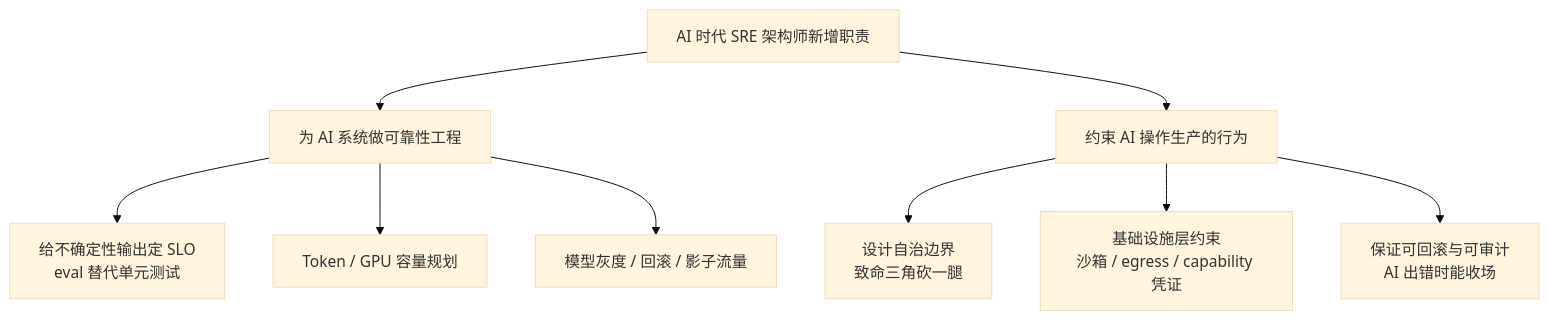
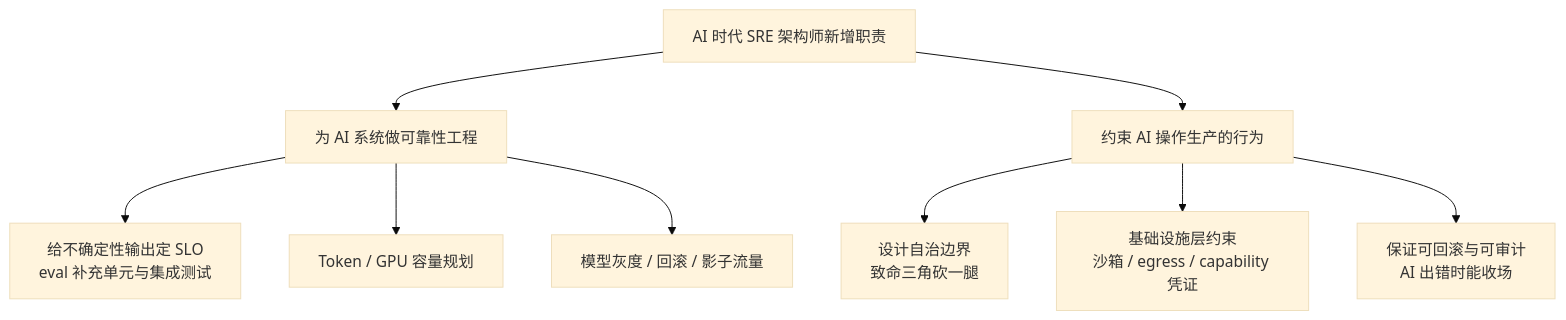
One commit to oh-my-vibe-coding/ai-reliability-architecture changed the diagram in 理念/02-SRE架构师的角色迁移.md. Above: the diagram before and after it, drawn with Mermaid (base theme). The commit also changed other lines of this file and 40 other files, not shown here.

````diff
--- a/理念/02-SRE架构师的角色迁移.md
+++ b/理念/02-SRE架构师的角色迁移.md
@@ -26,14 +26,14 @@
 ```mermaid
 flowchart TB
     Root[AI 时代 SRE 架构师新增职责]
     Root --> A[为 AI 系统做可靠性工程]
     Root --> B[约束 AI 操作生产的行为]
 
-    A --> A1[给不确定性输出定 SLO<br/>eval 替代单元测试]
+    A --> A1[给不确定性输出定 SLO<br/>eval 补充单元与集成测试]
     A --> A2[Token / GPU 容量规划]
     A --> A3[模型灰度 / 回滚 / 影子流量]
 
     B --> B1[设计自治边界<br/>致命三角砍一腿]
     B --> B2[基础设施层约束<br/>沙箱 / egress / capability 凭证]
     B --> B3[保证可回滚与可审计<br/>AI 出错时能收场]
 ```
````
